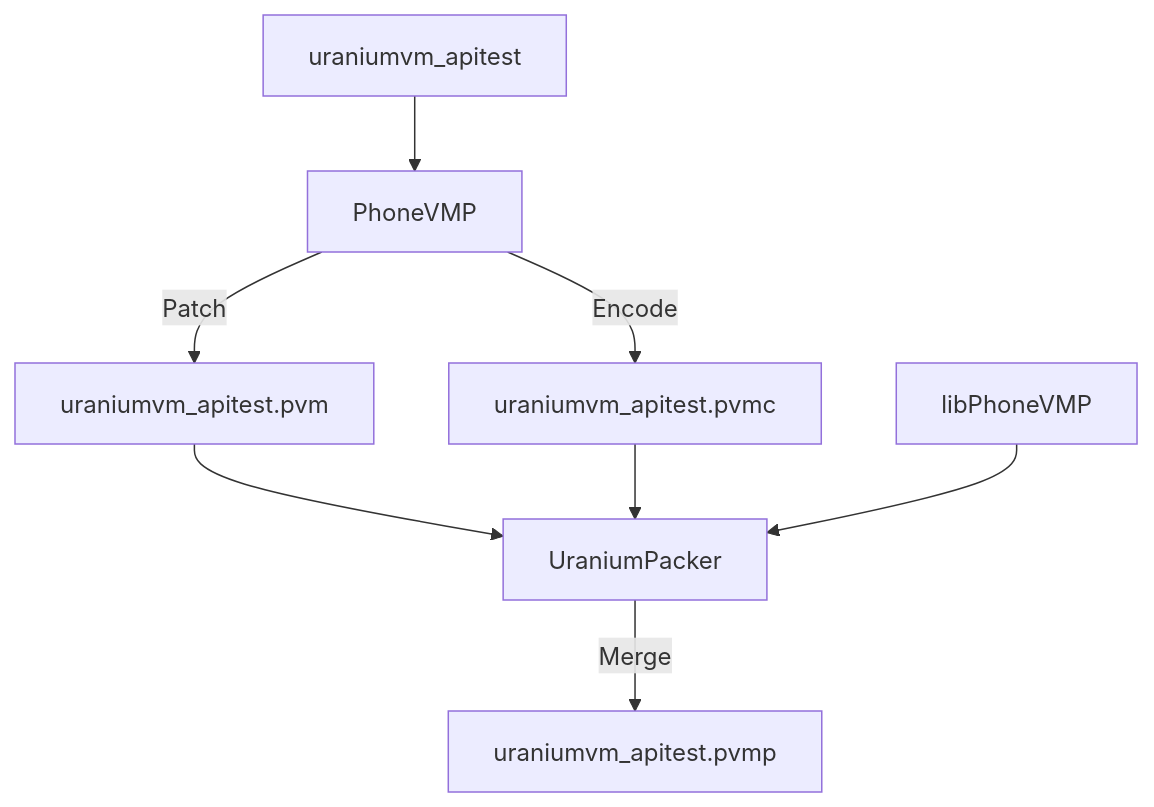
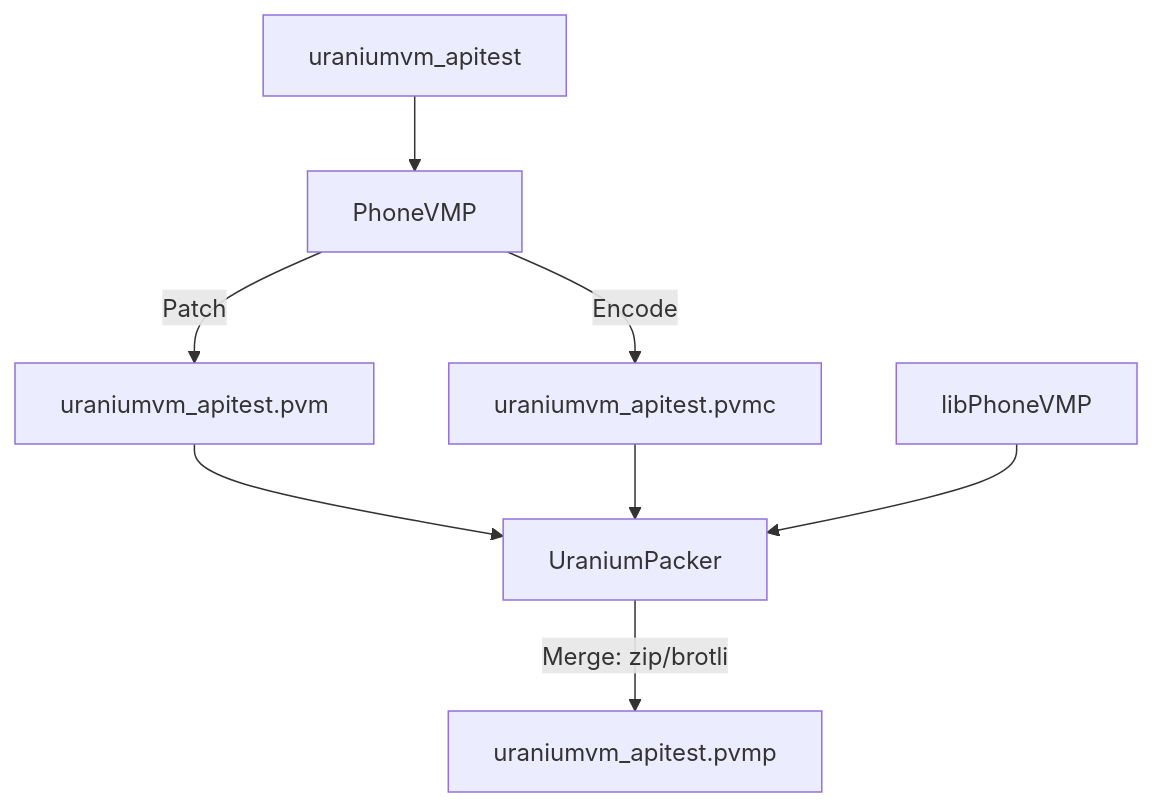
Before and after one commit to vpand/imgres: the diagram in urpacker/mergedemo.md, drawn with Mermaid. The commit also changed 1 other file, not shown here.

Commit message:
add zip brotli for merge flow.

````diff
--- a/urpacker/mergedemo.md
+++ b/urpacker/mergedemo.md
@@ -1,10 +1,10 @@
 ```mermaid
 graph TB
     A[uraniumvm_apitest] --> B[PhoneVMP]
     B --Patch--> C[uraniumvm_apitest.pvm]
     B --Encode--> D[uraniumvm_apitest.pvmc]
     C --> E[UraniumPacker]
     D --> E
     F[libPhoneVMP] --> E
-    E --Merge--> G[uraniumvm_apitest.pvmp]
+    E --Merge: zip/brotli--> G[uraniumvm_apitest.pvmp]
 ```
````
